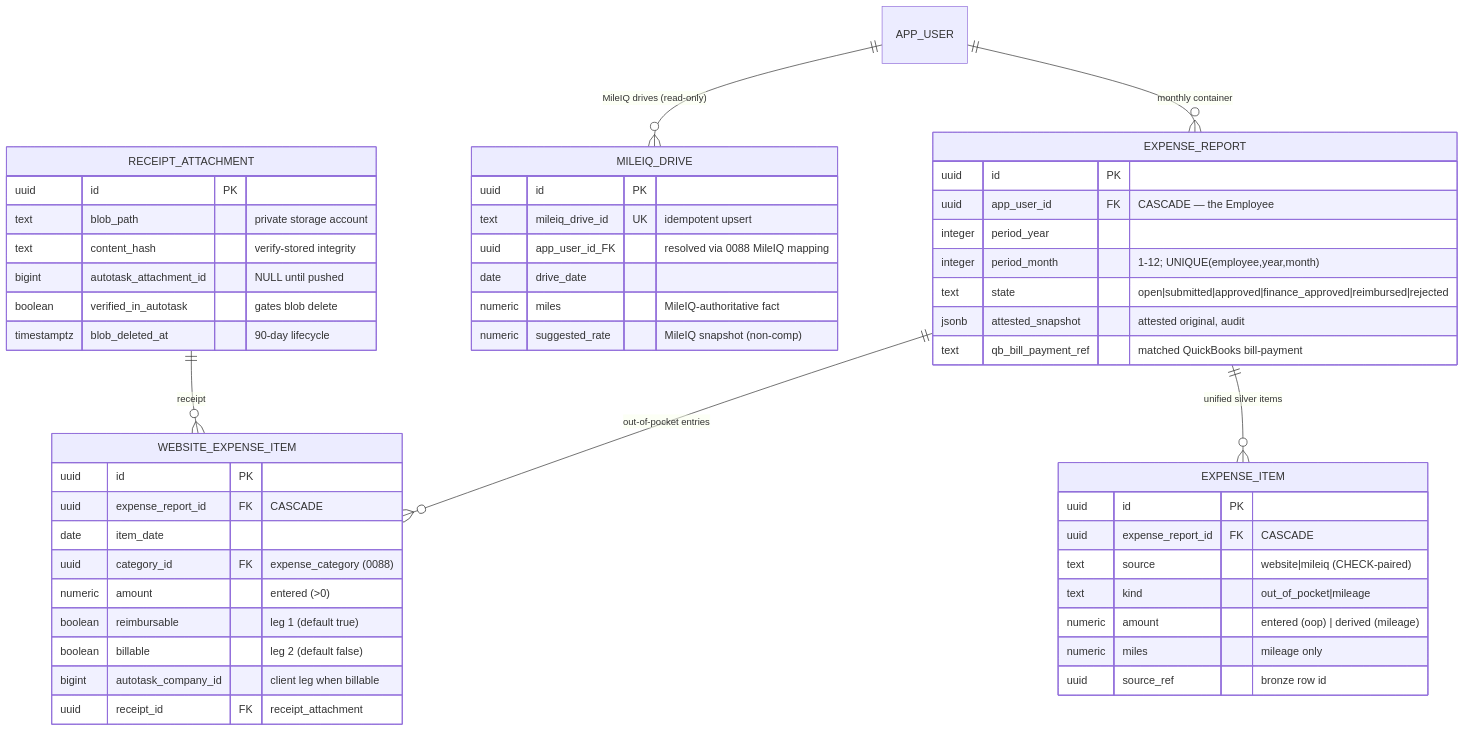
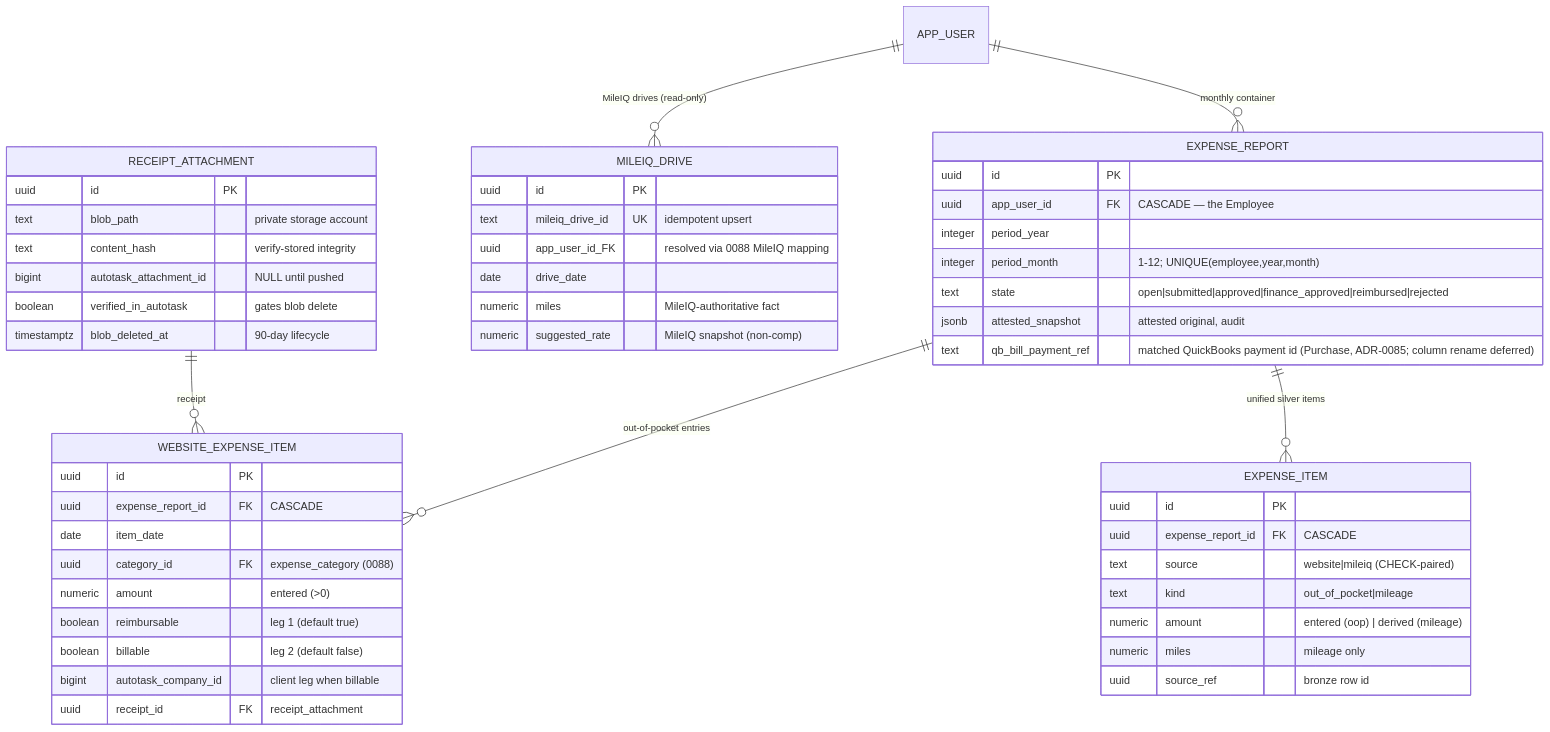
Diagram 17 of 18 in docs/database/data-model.md (markdconnelly/ImperionCRM), drawn with Mermaid before and after one commit. The commit also changed other lines of this file and 4 other files, not shown here.

First line of the commit message:
feat(expense): re-target QBO payment fact BillPayment->Purchase for Simple Start (#526)

````diff
--- a/docs/database/data-model.md
+++ b/docs/database/data-model.md
@@ -1671,53 +1677,53 @@
 ```mermaid
 erDiagram
     APP_USER ||--o{ EXPENSE_REPORT       : "monthly container"
     EXPENSE_REPORT ||--o{ WEBSITE_EXPENSE_ITEM : "out-of-pocket entries"
     APP_USER ||--o{ MILEIQ_DRIVE         : "MileIQ drives (read-only)"
     EXPENSE_REPORT ||--o{ EXPENSE_ITEM   : "unified silver items"
     RECEIPT_ATTACHMENT ||--o{ WEBSITE_EXPENSE_ITEM : "receipt"
     EXPENSE_REPORT {
       uuid id PK
       uuid app_user_id FK "CASCADE — the Employee"
       integer period_year
       integer period_month "1-12; UNIQUE(employee,year,month)"
       text state "open|submitted|approved|finance_approved|reimbursed|rejected"
       jsonb attested_snapshot "attested original, audit"
-      text qb_bill_payment_ref "matched QuickBooks bill-payment"
+      text qb_bill_payment_ref "matched QuickBooks payment id (Purchase, ADR-0085; column rename deferred)"
     }
     WEBSITE_EXPENSE_ITEM {
       uuid id PK
       uuid expense_report_id FK "CASCADE"
       date item_date
       uuid category_id FK "expense_category (0088)"
       numeric amount "entered (>0)"
       boolean reimbursable "leg 1 (default true)"
       boolean billable "leg 2 (default false)"
       bigint autotask_company_id "client leg when billable"
       uuid receipt_id FK "receipt_attachment"
     }
     MILEIQ_DRIVE {
       uuid id PK
       text mileiq_drive_id UK "idempotent upsert"
       uuid app_user_id_FK "resolved via 0088 MileIQ mapping"
       date drive_date
       numeric miles "MileIQ-authoritative fact"
       numeric suggested_rate "MileIQ snapshot (non-comp)"
     }
     EXPENSE_ITEM {
       uuid id PK
       uuid expense_report_id FK "CASCADE"
       text source "website|mileiq (CHECK-paired)"
       text kind "out_of_pocket|mileage"
       numeric amount "entered (oop) | derived (mileage)"
       numeric miles "mileage only"
       uuid source_ref "bronze row id"
     }
     RECEIPT_ATTACHMENT {
       uuid id PK
       text blob_path "private storage account"
       text content_hash "verify-stored integrity"
       bigint autotask_attachment_id "NULL until pushed"
       boolean verified_in_autotask "gates blob delete"
       timestamptz blob_deleted_at "90-day lifecycle"
     }
 ```
````
